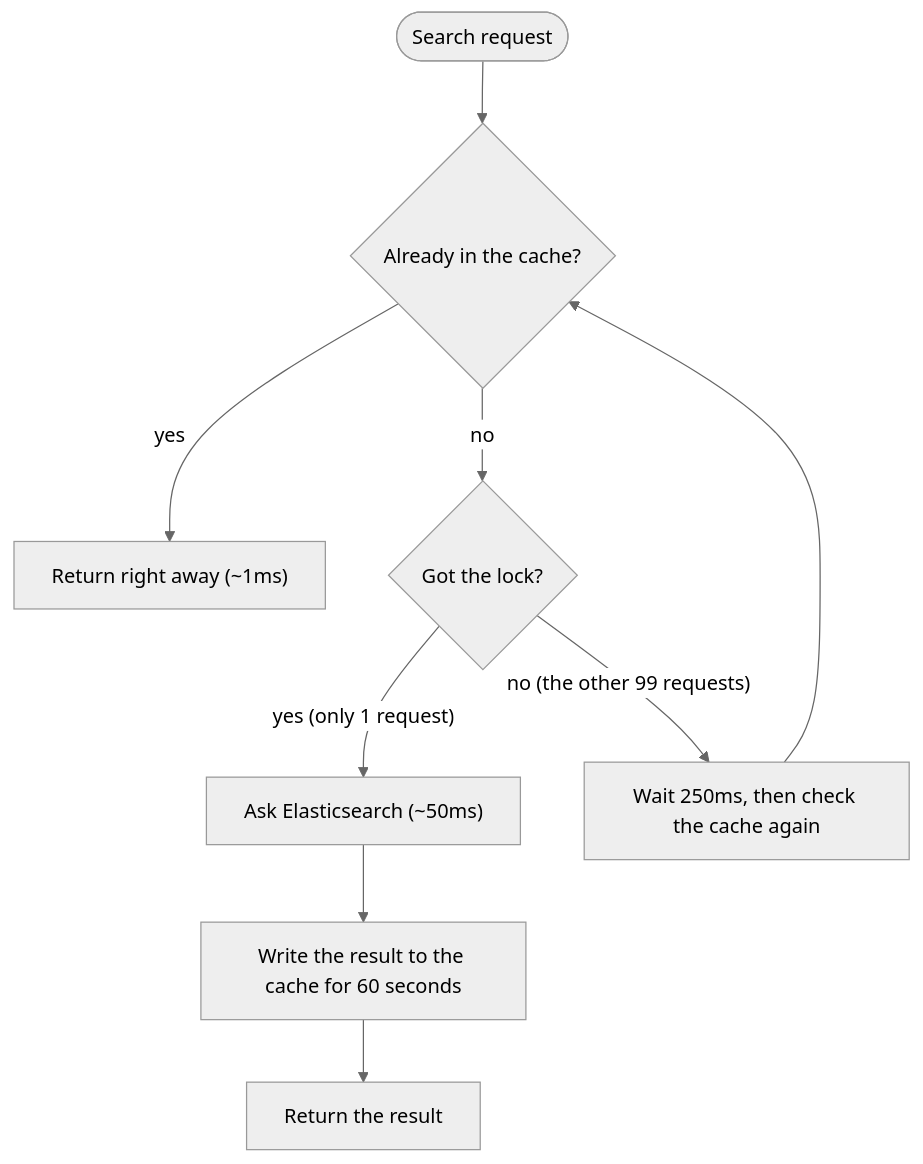
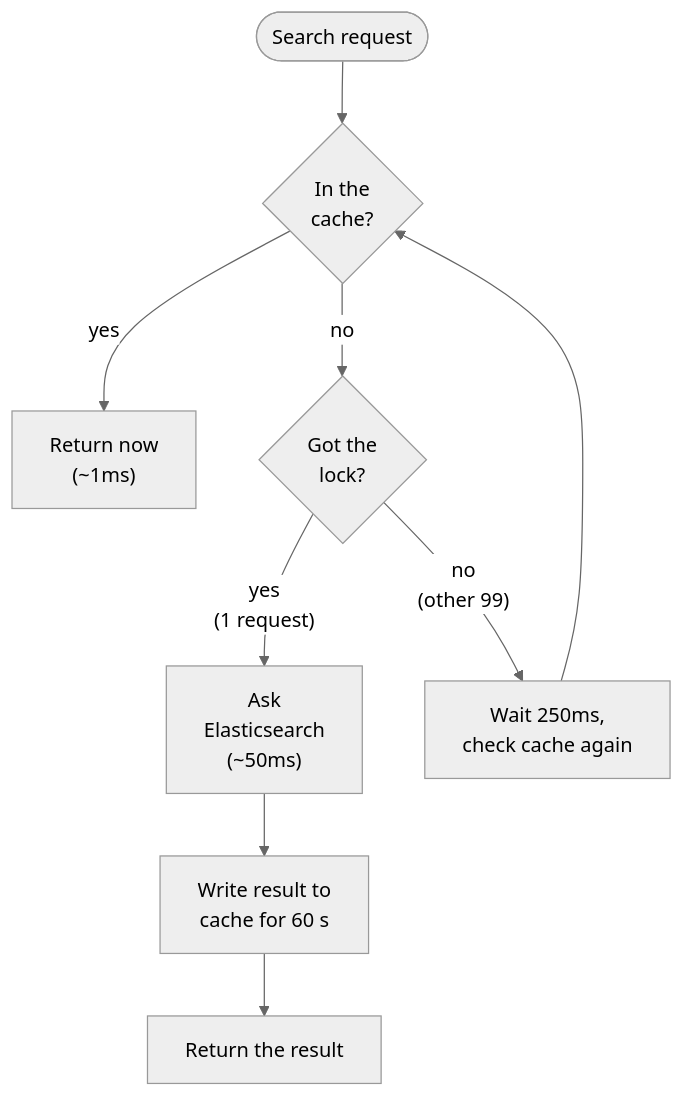
The first of 3 diagrams in content/en/posts/2026-11-18-api-performance.md (duongbui234/software-engineering-atlas), drawn with Mermaid (neutral theme) before and after one commit. The commit also changed other lines of this file and 134 other files, not shown here.

First line of the commit message:
Fit every Mermaid diagram at 390px without sideways scroll (#56)

````diff
--- a/content/en/posts/2026-11-18-api-performance.md
+++ b/content/en/posts/2026-11-18-api-performance.md
@@ -52,11 +52,11 @@
 ```mermaid
 flowchart TB
-    Q([Search request]) --> C{"Already in the cache?"}
-    C -- yes --> HIT["Return right away (~1ms)"]
-    C -- no --> L{"Got the lock?"}
-    L -- "yes (only 1 request)" --> ES["Ask Elasticsearch (~50ms)"]
-    ES --> W["Write the result to the cache for 60 seconds"]
+    Q([Search request]) --> C{"In the<br/>cache?"}
+    C -- yes --> HIT["Return now<br/>(~1ms)"]
+    C -- no --> L{"Got the<br/>lock?"}
+    L -- "yes<br/>(1 request)" --> ES["Ask<br/>Elasticsearch<br/>(~50ms)"]
+    ES --> W["Write result to<br/>cache for 60 s"]
     W --> RET["Return the result"]
-    L -- "no (the other 99 requests)" --> P["Wait 250ms, then check the cache again"]
+    L -- "no<br/>(other 99)" --> P["Wait 250ms,<br/>check cache again"]
     P --> C
 ```
````
